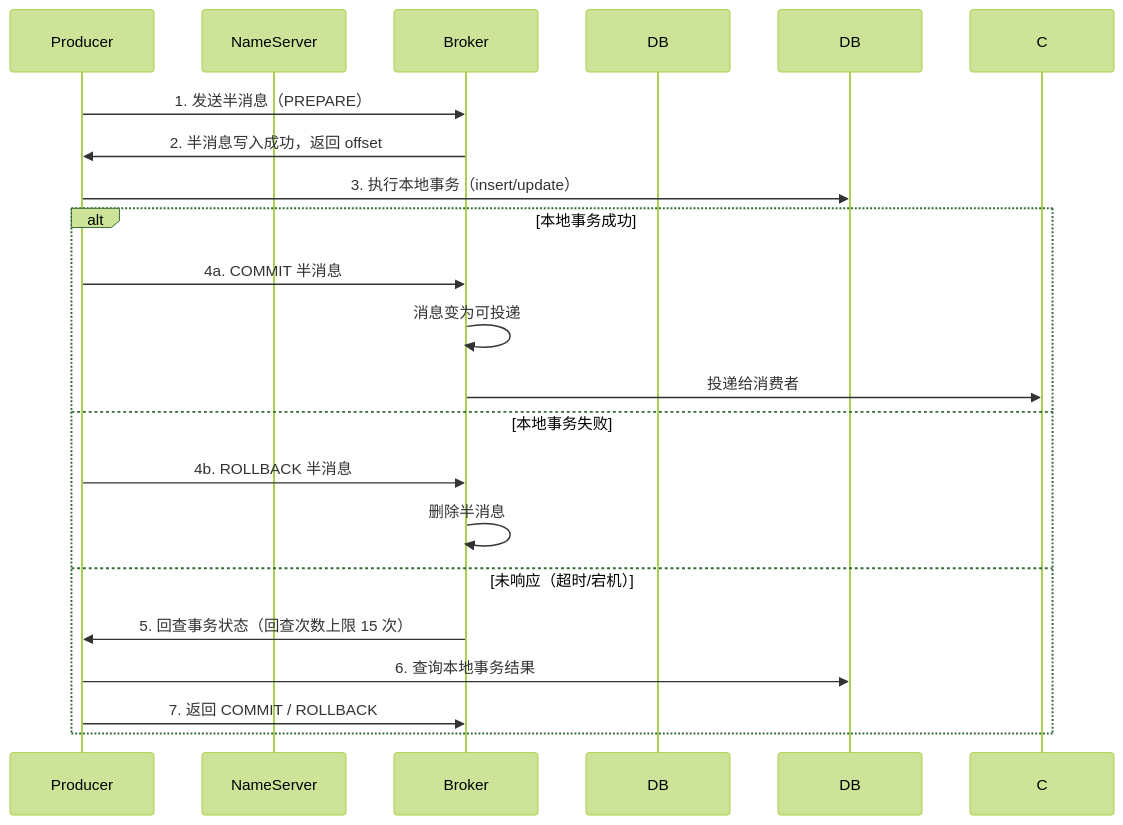
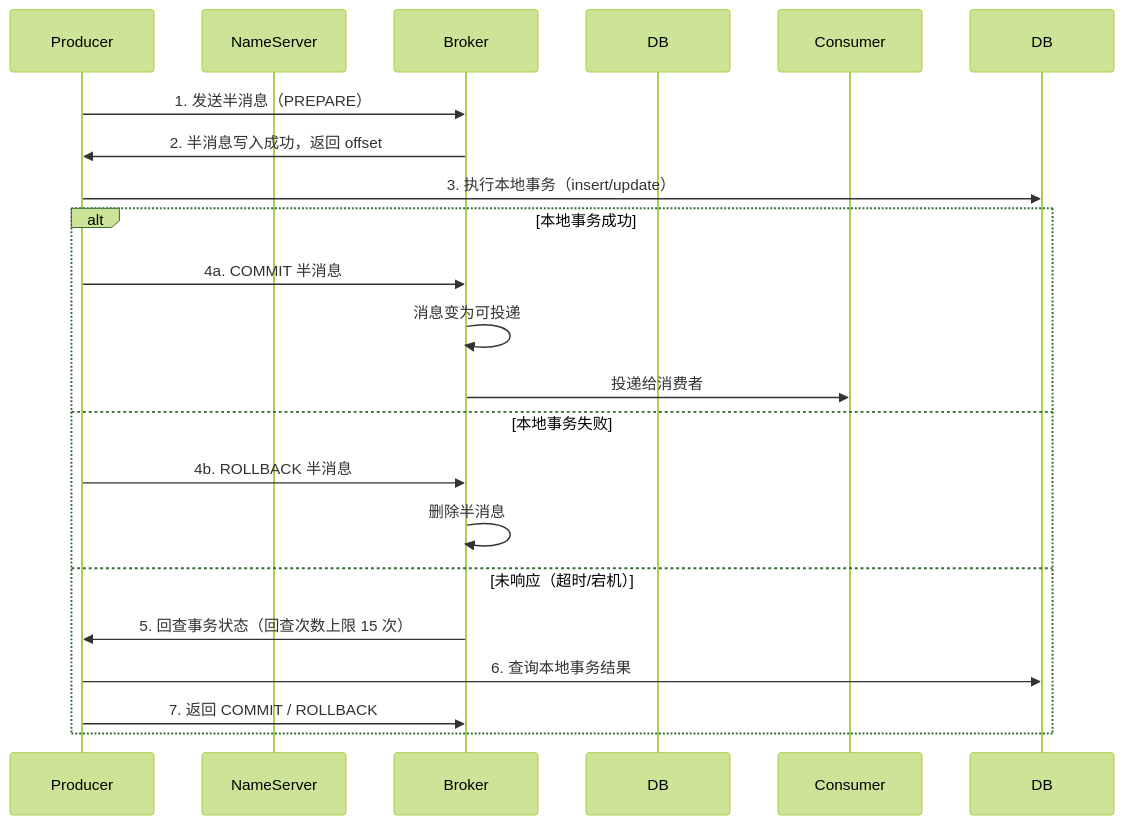
One commit to kane201x/javadoc changed the seventh of 22 diagrams in 10-rocketmq/README.md. Above: the diagram before and after it, drawn with Mermaid (forest theme). The commit also changed 5 other files, not shown here.

First line of the commit message:
fix: resolve mermaid diagram syntax issues across all modules

````diff
--- a/10-rocketmq/README.md
+++ b/10-rocketmq/README.md
@@ -486,23 +486,24 @@
 ```mermaid
 sequenceDiagram
     participant P as Producer
     participant NS as NameServer
     participant B as Broker
     participant "本地数据库" as DB
+    participant C as Consumer
 
     P->>B: 1. 发送半消息（PREPARE）
     B->>P: 2. 半消息写入成功，返回 offset
     P->>DB: 3. 执行本地事务（insert/update）
     alt 本地事务成功
         P->>B: 4a. COMMIT 半消息
         B->>B: 消息变为可投递
         B->>C: 投递给消费者
     else 本地事务失败
         P->>B: 4b. ROLLBACK 半消息
         B->>B: 删除半消息
     else 未响应（超时/宕机）
         B->>P: 5. 回查事务状态（回查次数上限 15 次）
         P->>DB: 6. 查询本地事务结果
         P->>B: 7. 返回 COMMIT / ROLLBACK
     end
 ```
````
